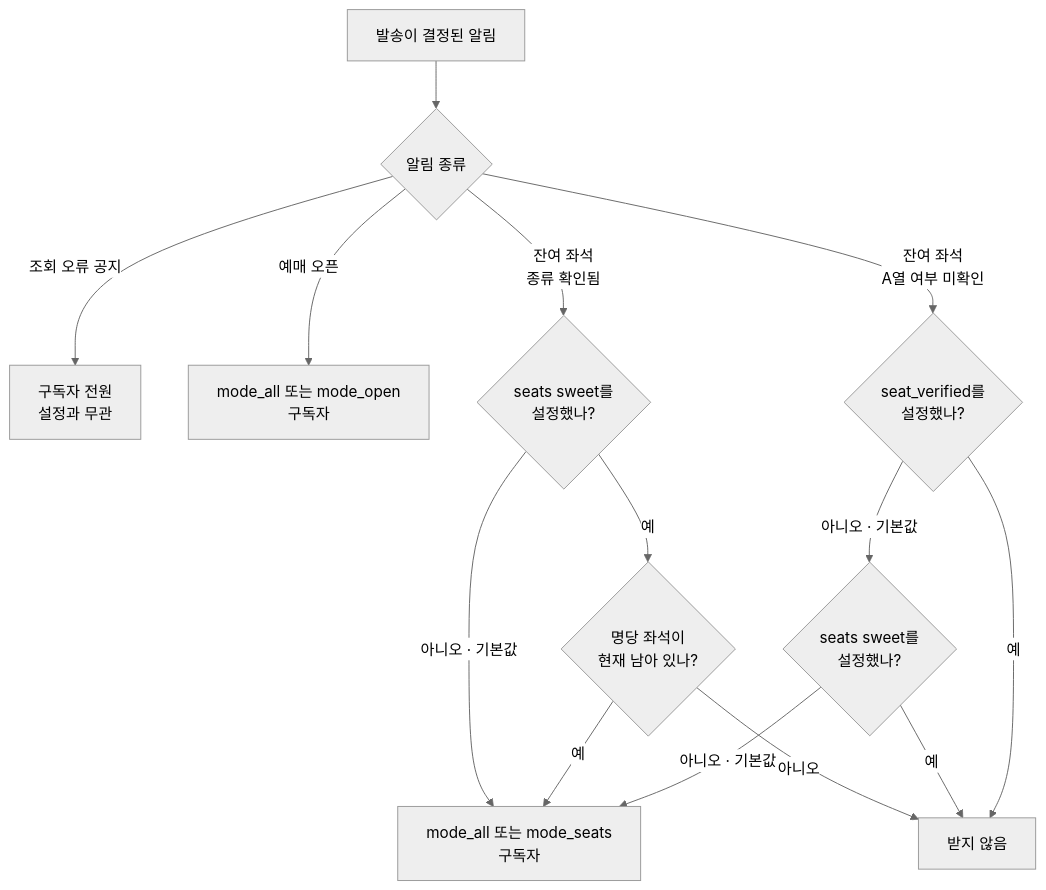
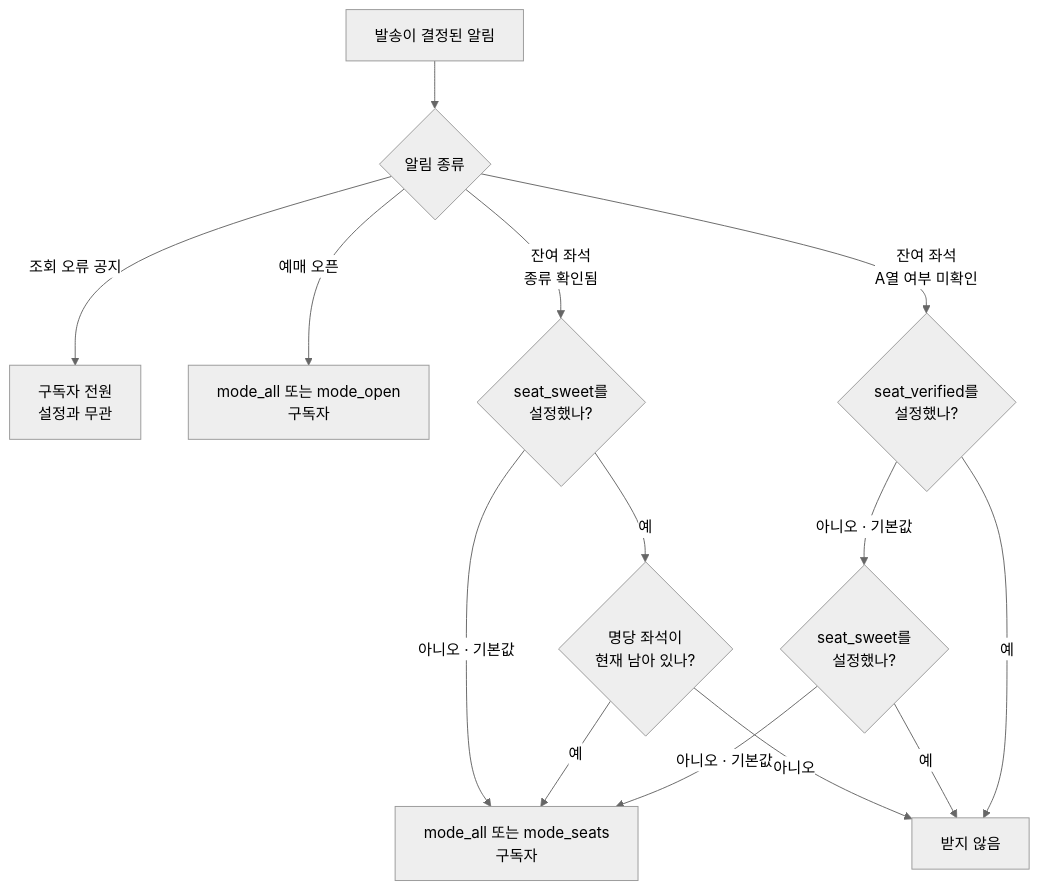
Before and after one commit to yuemyname/yongam-bot: the fourth of 5 diagrams in docs/alert-flow.md, drawn with Mermaid (neutral theme). The commit also changed other lines of this file and 2 other files, not shown here.

````diff
--- a/docs/alert-flow.md
+++ b/docs/alert-flow.md
@@ -89,16 +89,16 @@
 ```mermaid
 flowchart TD
     A[발송이 결정된 알림] --> B{알림 종류}
     B -->|조회 오류 공지| Z["구독자 전원<br/>설정과 무관"]
     B -->|예매 오픈| C["mode_all 또는 mode_open<br/>구독자"]
-    B -->|잔여 좌석<br/>종류 확인됨| D{"seats sweet를<br/>설정했나?"}
+    B -->|잔여 좌석<br/>종류 확인됨| D{"seat_sweet를<br/>설정했나?"}
     D -->|아니오 · 기본값| G["mode_all 또는 mode_seats<br/>구독자"]
     D -->|예| H{"명당 좌석이<br/>현재 남아 있나?"}
     H -->|예| G
     H -->|아니오| F
     B -->|잔여 좌석<br/>A열 여부 미확인| E{"seat_verified를<br/>설정했나?"}
-    E -->|아니오 · 기본값| I{"seats sweet를<br/>설정했나?"}
+    E -->|아니오 · 기본값| I{"seat_sweet를<br/>설정했나?"}
     I -->|아니오 · 기본값| G
     I -->|예| F
     E -->|예| F[받지 않음]
 ```
````
